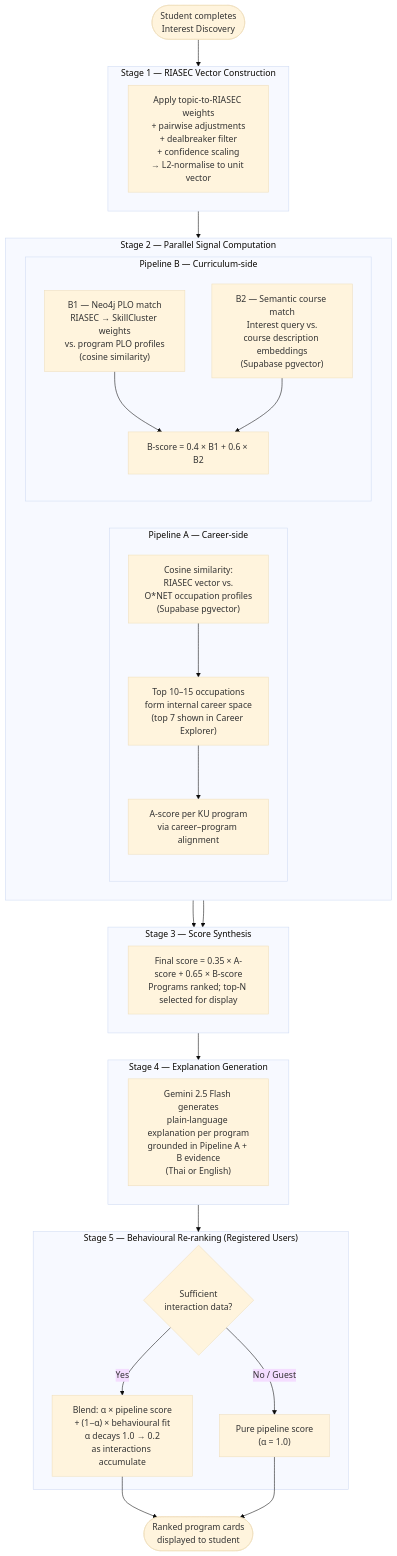
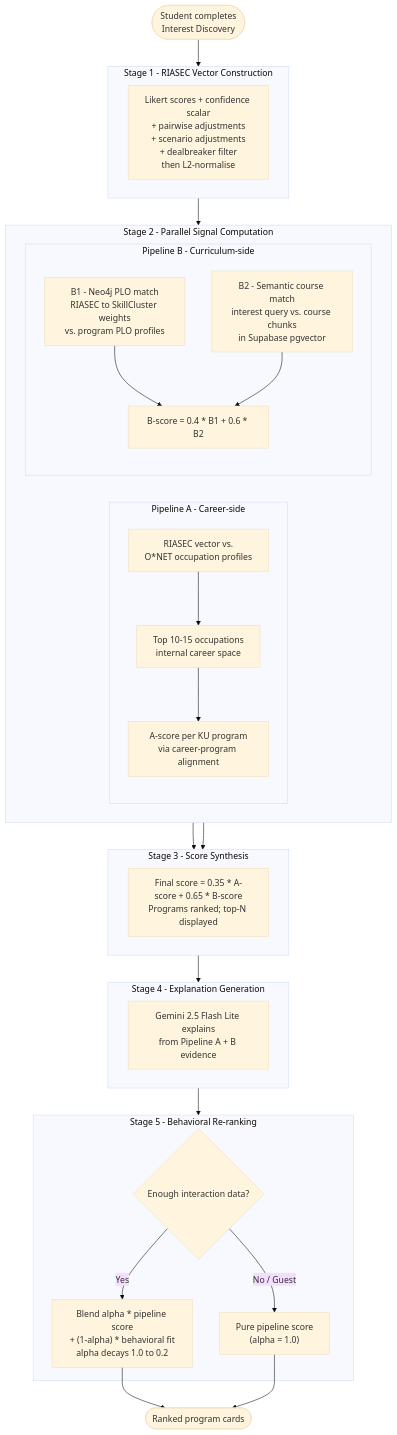
The fourth of 7 diagrams in DIAGRAMS.md (tarothanawat/SRS-KUru), drawn with Mermaid (base theme) before and after one commit. The commit also changed other lines of this file and 12 other files, not shown here.

First line of the commit message:
Refine software architecture documentation and update evaluation metrics

````diff
--- a/DIAGRAMS.md
+++ b/DIAGRAMS.md
@@ -180,54 +198,54 @@
 ```mermaid
 flowchart TD
     START(["Student completes<br/>Interest Discovery"])
 
-    subgraph STAGE1["Stage 1 — RIASEC Vector Construction"]
-        S1["Apply topic-to-RIASEC weights<br/>+ pairwise adjustments<br/>+ dealbreaker filter<br/>+ confidence scaling<br/>→ L2-normalise to unit vector"]
+    subgraph STAGE1["Stage 1 - RIASEC Vector Construction"]
+        S1["Likert scores + confidence scalar<br/>+ pairwise adjustments<br/>+ scenario adjustments<br/>+ dealbreaker filter<br/>then L2-normalise"]
     end
 
-    subgraph STAGE2["Stage 2 — Parallel Signal Computation"]
+    subgraph STAGE2["Stage 2 - Parallel Signal Computation"]
         direction LR
 
-        subgraph PIPEA["Pipeline A — Career-side"]
-            A1["Cosine similarity:<br/>RIASEC vector vs.<br/>O*NET occupation profiles<br/>(Supabase pgvector)"]
-            A2["Top 10–15 occupations<br/>form internal career space<br/>(top 7 shown in Career Explorer)"]
-            A3["A-score per KU program<br/>via career–program alignment"]
+        subgraph PIPEA["Pipeline A - Career-side"]
+            A1["RIASEC vector vs.<br/>O*NET occupation profiles"]
+            A2["Top 10-15 occupations<br/>internal career space"]
+            A3["A-score per KU program<br/>via career-program alignment"]
             A1 --> A2 --> A3
         end
 
-        subgraph PIPEB["Pipeline B — Curriculum-side"]
-            B1["B1 — Neo4j PLO match<br/>RIASEC → SkillCluster weights<br/>vs. program PLO profiles<br/>(cosine similarity)"]
-            B2["B2 — Semantic course match<br/>Interest query vs.<br/>course description embeddings<br/>(Supabase pgvector)"]
-            BC["B-score = 0.4 × B1 + 0.6 × B2"]
+        subgraph PIPEB["Pipeline B - Curriculum-side"]
+            B1["B1 - Neo4j PLO match<br/>RIASEC to SkillCluster weights<br/>vs. program PLO profiles"]
+            B2["B2 - Semantic course match<br/>interest query vs. course chunks<br/>in Supabase pgvector"]
+            BC["B-score = 0.4 * B1 + 0.6 * B2"]
             B1 --> BC
             B2 --> BC
         end
     end
 
-    subgraph STAGE3["Stage 3 — Score Synthesis"]
-        S3["Final score = 0.35 × A-score + 0.65 × B-score<br/>Programs ranked; top-N selected for display"]
+    subgraph STAGE3["Stage 3 - Score Synthesis"]
+        S3["Final score = 0.35 * A-score + 0.65 * B-score<br/>Programs ranked; top-N displayed"]
     end
 
-    subgraph STAGE4["Stage 4 — Explanation Generation"]
-        S4["Gemini 2.5 Flash generates<br/>plain-language explanation per program<br/>grounded in Pipeline A + B evidence<br/>(Thai or English)"]
+    subgraph STAGE4["Stage 4 - Explanation Generation"]
+        S4["Gemini 2.5 Flash Lite explains<br/>from Pipeline A + B evidence"]
     end
 
-    subgraph STAGE5["Stage 5 — Behavioural Re-ranking (Registered Users)"]
-        S5A{"Sufficient<br/>interaction data?"}
-        S5B["Blend: α × pipeline score<br/>+ (1−α) × behavioural fit<br/>α decays 1.0 → 0.2<br/>as interactions accumulate"]
-        S5C["Pure pipeline score<br/>(α = 1.0)"]
+    subgraph STAGE5["Stage 5 - Behavioral Re-ranking"]
+        S5A{"Enough interaction data?"}
+        S5B["Blend alpha * pipeline score<br/>+ (1-alpha) * behavioral fit<br/>alpha decays 1.0 to 0.2"]
+        S5C["Pure pipeline score<br/>(alpha = 1.0)"]
         S5A -->|"Yes"| S5B
         S5A -->|"No / Guest"| S5C
     end
 
-    RESULT(["Ranked program cards<br/>displayed to student"])
+    RESULT(["Ranked program cards"])
 
     START --> STAGE1
     STAGE1 --> STAGE2
     PIPEA --> STAGE3
     PIPEB --> STAGE3
     STAGE3 --> STAGE4
     STAGE4 --> STAGE5
     S5B --> RESULT
     S5C --> RESULT
 ```
````
